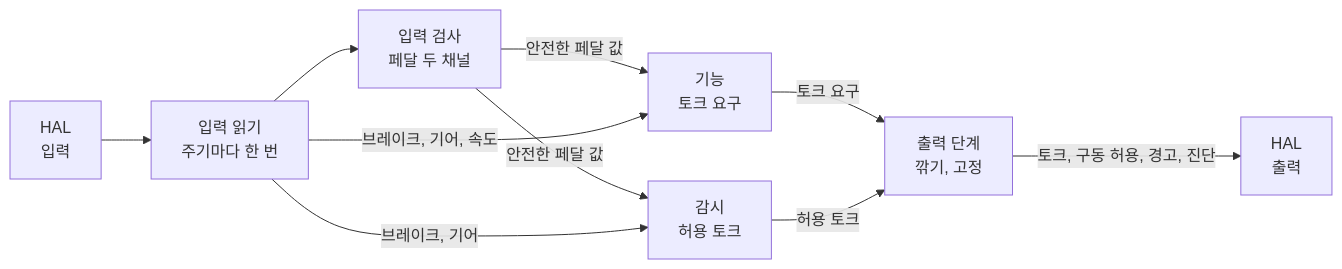
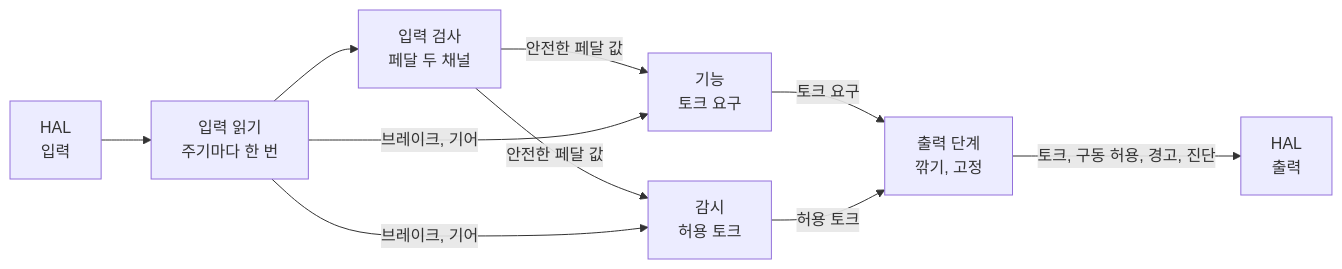
The diagram in example/drive-torque/docs/technical-safety-concept.md (danielhongwoo/fusa), drawn with Mermaid before and after one commit. The commit also changed other lines of this file and 8 other files, not shown here.

````diff
--- a/example/drive-torque/docs/technical-safety-concept.md
+++ b/example/drive-torque/docs/technical-safety-concept.md
@@ -10,19 +10,19 @@
 ```mermaid
 flowchart LR
     HALIN["HAL<br/>입력"]
     READ["입력 읽기<br/>주기마다 한 번"]
     CHK["입력 검사<br/>페달 두 채널"]
     APP["기능<br/>토크 요구"]
     MON["감시<br/>허용 토크"]
     OUT["출력 단계<br/>깎기, 고정"]
     HALOUT["HAL<br/>출력"]
     HALIN --> READ
     READ --> CHK
     CHK -- "안전한 페달 값" --> APP
     CHK -- "안전한 페달 값" --> MON
-    READ -- "브레이크, 기어, 속도" --> APP
+    READ -- "브레이크, 기어" --> APP
     READ -- "브레이크, 기어" --> MON
     APP -- "토크 요구" --> OUT
     MON -- "허용 토크" --> OUT
     OUT -- "토크, 구동 허용, 경고, 진단" --> HALOUT
 ```
````
